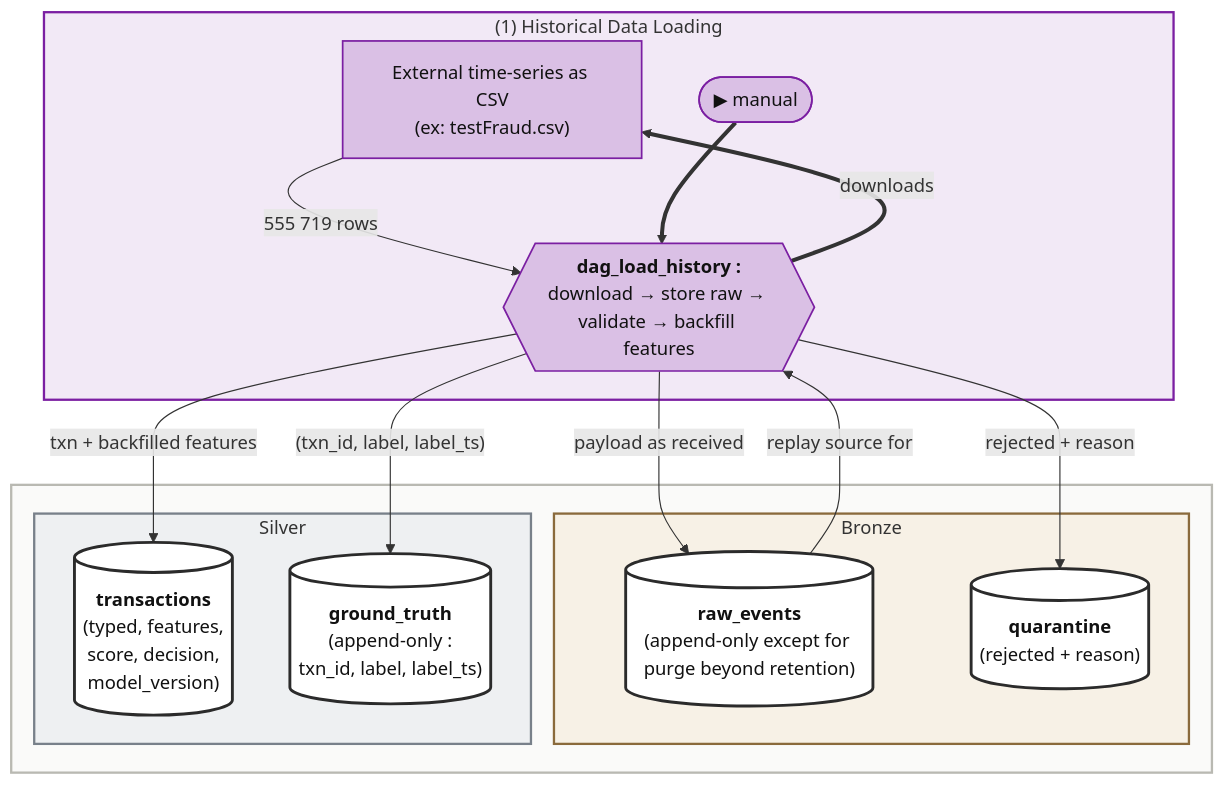
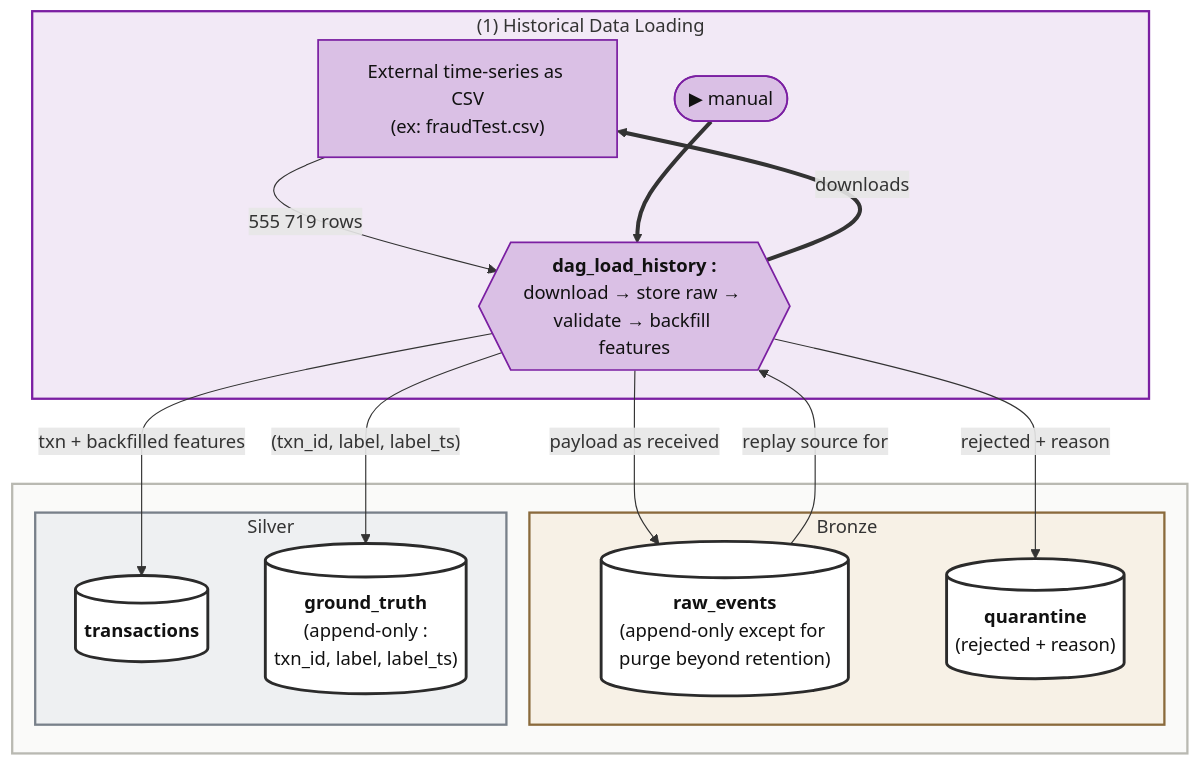
Before and after one commit to nicolaspichon-git/jedha-data-scientist-lead-bloc3--fraud-detection-project: the diagram in sources/diagrams/fraud-project--data-infrastructure--diagram-1.md, drawn with Mermaid. The commit also changed other lines of this file and 27 other files, not shown here.

````diff
--- a/sources/diagrams/fraud-project--data-infrastructure--diagram-1.md
+++ b/sources/diagrams/fraud-project--data-infrastructure--diagram-1.md
@@ -8,48 +8,48 @@
 ```mermaid
 flowchart TD
 	subgraph HDL["(1) Historical Data Loading"]
-		HDL_CSV["External time-series as CSV<br/>(ex: testFraud.csv)"]
+		HDL_CSV["External time-series as CSV<br/>(ex: fraudTest.csv)"]
 		HDL_T0(["▶ manual"])
 		HDL_LOAD{{"<b>dag_load_history :</b><br/>download &rarr; store raw &rarr; <br/>validate &rarr; backfill features"}}		    
 	end		
 	
 	subgraph DL[" "]
 		subgraph DL_BRONZE["Bronze"]
 			DL_RAW[("<b>raw_events</b><br/>(append-only except for purge beyond retention)")]
 			DL_QRT[("<b>quarantine</b><br/>(rejected + reason)")]
 		end
 		subgraph DL_SILVER["Silver"]
-			DL_TXN[("<b>transactions</b><br/>(typed, features,<br/>score, decision,<br/>model_version)")]
+			DL_TXN[("<b>transactions</b>")]
 			DL_GTS[("<b>ground_truth</b><br/>(append-only :<br/>txn_id, label, label_ts)")]
 		end
 	end
 	
     %% ---
     
     %% ---------- Data flow ----------
     HDL_CSV  -->|"555 719 rows"| HDL_LOAD
     DL_RAW  -->|"replay source for"| HDL_LOAD
     HDL_LOAD -->|"payload as received"| DL_RAW
     HDL_LOAD -->|"rejected + reason"| DL_QRT
     HDL_LOAD -->|"txn + backfilled features"| DL_TXN
     HDL_LOAD -->|"(txn_id, label, label_ts)"| DL_GTS
     
     %% ---------- Control flow ----------
     HDL_LOAD ==>|"downloads"| HDL_CSV
     HDL_T0 ==> HDL_LOAD
     
     %% ---------- Group colours (pale wash) ----------
     style HDL  fill:#f2e9f6,stroke:#7b1fa2,stroke-width:2px
     style DL   fill:#fafaf9,stroke:#b9b9b2,stroke-width:2px
     style DL_BRONZE fill:#f7f1e6,stroke:#8a6a3c,stroke-width:2px
     style DL_SILVER fill:#eef0f2,stroke:#78808a,stroke-width:2px
 
     %% ---------- Nodes : same hue, more intense ----------
     classDef nHDL fill:#dac0e5,stroke:#7b1fa2,stroke-width:1.5px,color:#111111
     class HDL_T0,HDL_CSV,HDL_LOAD nHDL
 
     %% ---------- Shared stores : white, overriding the group colour ----------
     %% written and/or read by more than one pipeline
     classDef shared fill:#ffffff,stroke:#2b2b2b,stroke-width:2.5px,color:#111111
     class DL_RAW,DL_QRT,DL_GTS,DL_TXN shared
 ```
````
